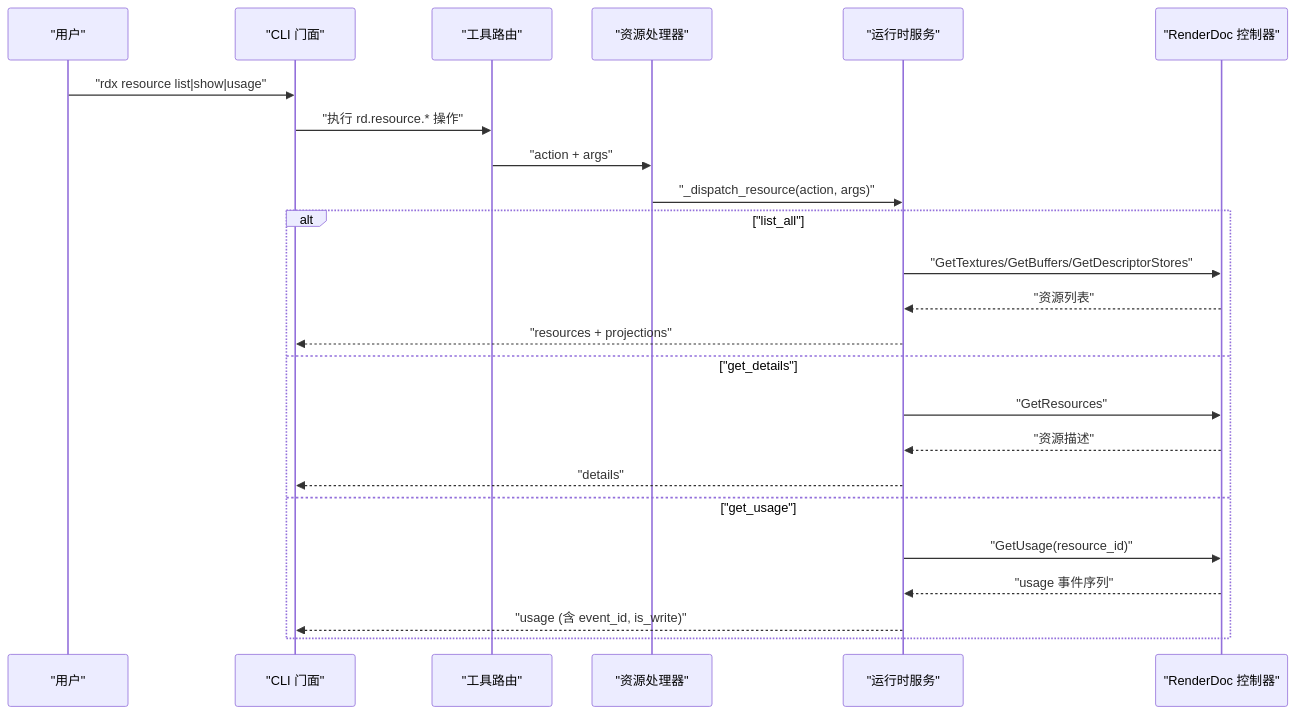
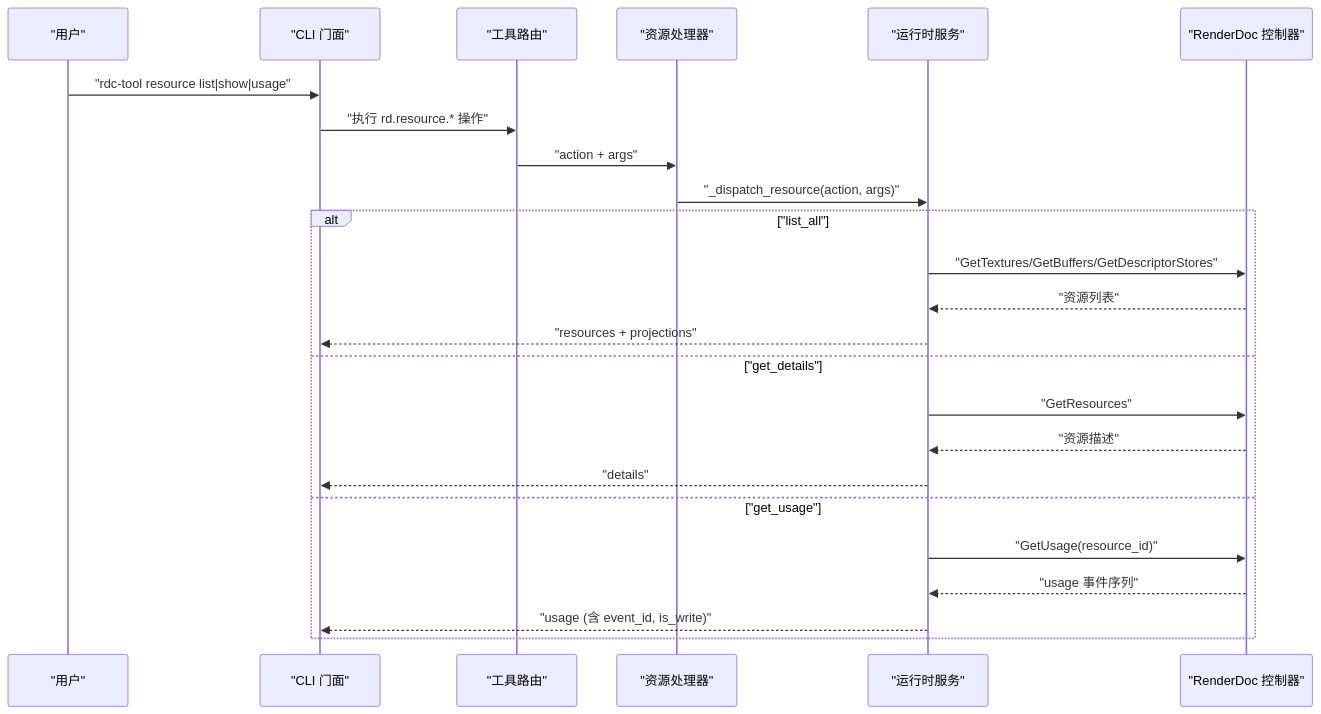
One commit to haolange/RDC-Tool changed the second of 6 diagrams in .qoder/repowiki/zh/content/CLI参考手册/资源查询命令.md. Above: the diagram before and after it, drawn with Mermaid. The commit also changed other lines of this file and 388 other files, not shown here.

First line of the commit message:
Release RDC-Tool identity and public maintenance surface

````diff
--- a/.qoder/repowiki/zh/content/CLI参考手册/资源查询命令.md
+++ b/.qoder/repowiki/zh/content/CLI参考手册/资源查询命令.md
@@ -77,26 +77,26 @@
 ```mermaid
 sequenceDiagram
 participant U as "用户"
 participant CLI as "CLI 门面"
 participant TR as "工具路由"
 participant H as "资源处理器"
 participant SR as "运行时服务"
 participant RD as "RenderDoc 控制器"
-U->>CLI : "rdx resource list|show|usage"
+U->>CLI : "rdc-tool resource list|show|usage"
 CLI->>TR : "执行 rd.resource.* 操作"
 TR->>H : "action + args"
 H->>SR : "_dispatch_resource(action, args)"
 alt "list_all"
 SR->>RD : "GetTextures/GetBuffers/GetDescriptorStores"
 RD-->>SR : "资源列表"
 SR-->>CLI : "resources + projections"
 else "get_details"
 SR->>RD : "GetResources"
 RD-->>SR : "资源描述"
 SR-->>CLI : "details"
 else "get_usage"
 SR->>RD : "GetUsage(resource_id)"
 RD-->>SR : "usage 事件序列"
 SR-->>CLI : "usage (含 event_id, is_write)"
 end
 ```
````
